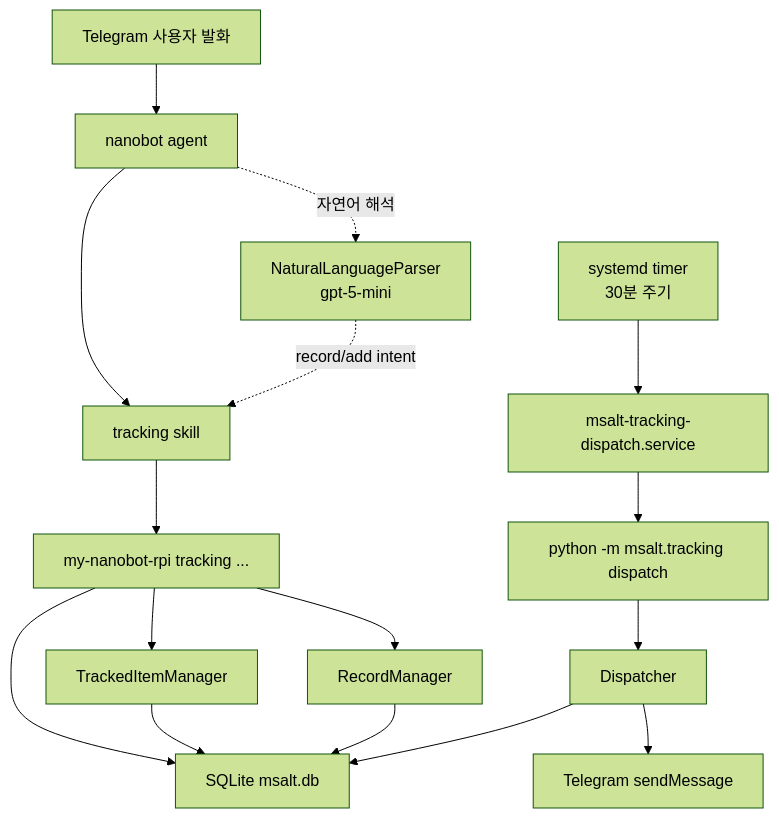
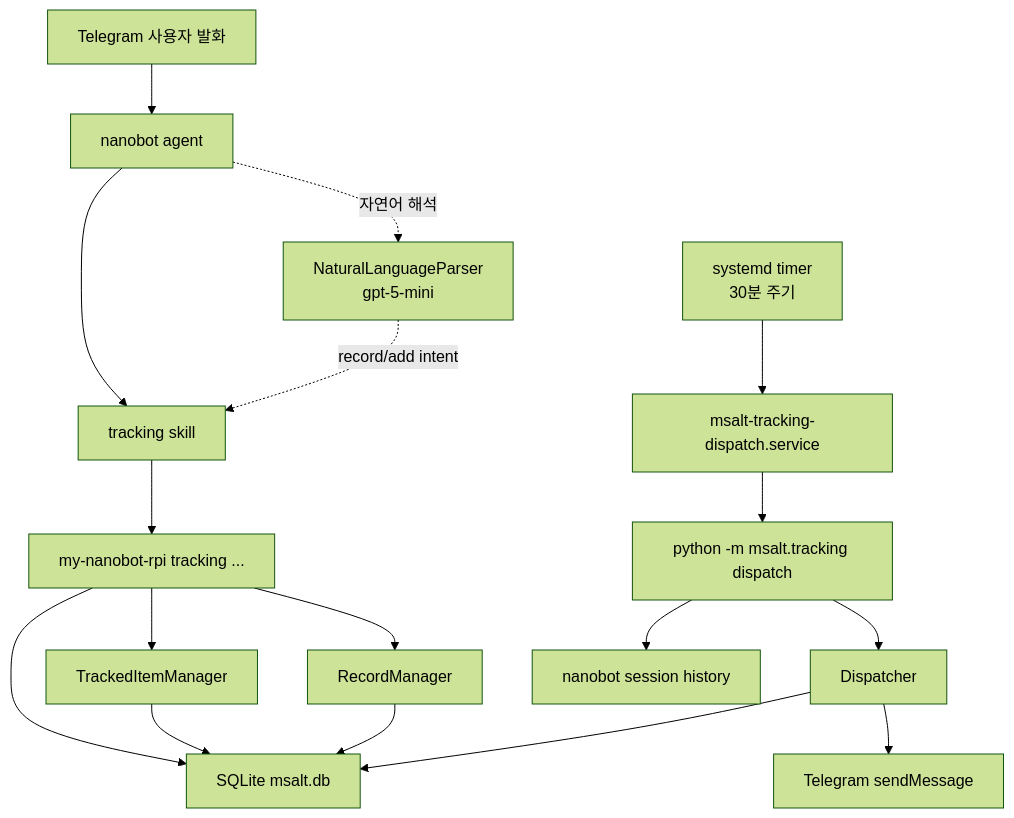
One commit to msaltnet/my-nanobot-rpi changed the diagram in docs/lifestyle-tracking-pipeline.md. Above: the diagram before and after it, drawn with Mermaid (forest theme). The commit also changed other lines of this file and 2 other files, not shown here.

Commit message:
fix(tracking): record reminders in chat history

````diff
--- a/docs/lifestyle-tracking-pipeline.md
+++ b/docs/lifestyle-tracking-pipeline.md
@@ -7,20 +7,21 @@
 ```mermaid
 flowchart TD
     User["Telegram 사용자 발화"] --> Agent["nanobot agent"]
     Agent --> Skill["tracking skill"]
     Skill --> CLI["my-nanobot-rpi tracking ..."]
     CLI --> Storage["SQLite msalt.db"]
     CLI --> Items["TrackedItemManager"]
     CLI --> Records["RecordManager"]
     Items --> Storage
     Records --> Storage
 
     Timer["systemd timer<br/>30분 주기"] --> DispatchSvc["msalt-tracking-dispatch.service"]
     DispatchSvc --> DispatchCmd["python -m msalt.tracking dispatch"]
     DispatchCmd --> Dispatcher["Dispatcher"]
     Dispatcher --> Storage
     Dispatcher --> Telegram["Telegram sendMessage"]
+    DispatchCmd --> Session["nanobot session history"]
 
     Agent -. 자연어 해석 .-> Parser["NaturalLanguageParser<br/>gpt-5-mini"]
     Parser -. record/add intent .-> Skill
 ```
````
